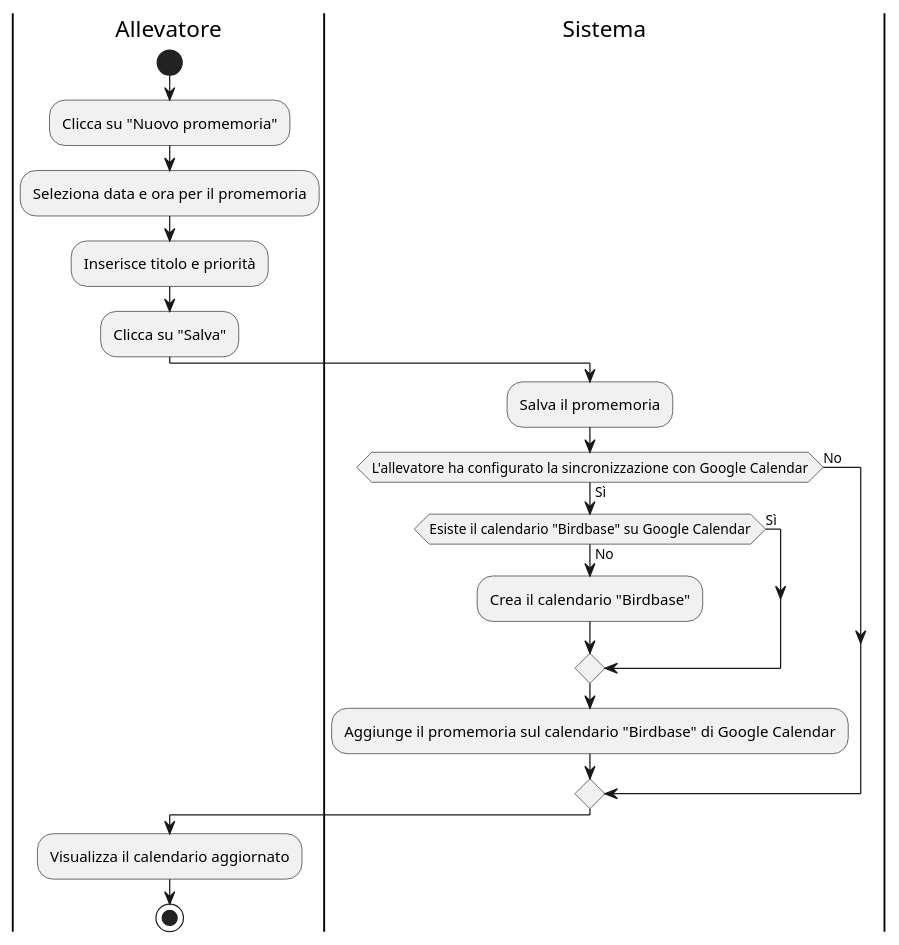
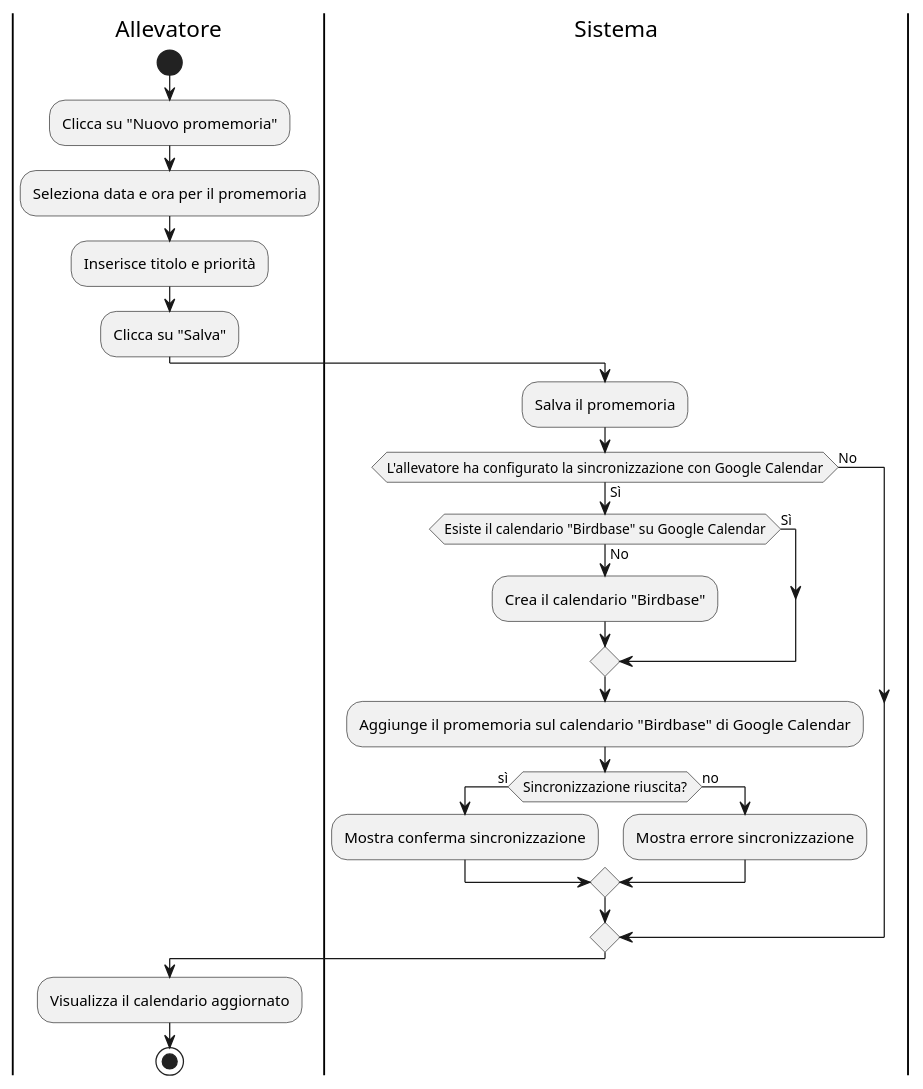
One commit to cristiancundari/birdbase changed the tenth of 27 diagrams in docs/sezioni/usecases/2_activitydiagrams.md. Above: the diagram before and after it, drawn with PlantUML. The commit also changed other lines of this file and 4 other files, not shown here.

````diff
--- a/docs/sezioni/usecases/2_activitydiagrams.md
+++ b/docs/sezioni/usecases/2_activitydiagrams.md
@@ -213,27 +261,28 @@
 ```plantuml
 @startuml
 |Allevatore|
 start
 :Clicca su "Nuovo promemoria";
 :Seleziona data e ora per il promemoria;
 :Inserisce titolo e priorità;
-
-|Allevatore|
 :Clicca su "Salva";
-
 |Sistema|
-:Salva il promemoria;
-if (L'allevatore ha configurato la sincronizzazione con Google Calendar) then (Sì)
-    if (Esiste il calendario "Birdbase" su Google Calendar) then (No)
-        :Crea il calendario "Birdbase";
-    else (Sì)
+    :Salva il promemoria;
+    if (L'allevatore ha configurato la sincronizzazione con Google Calendar) then (Sì)
+        if (Esiste il calendario "Birdbase" su Google Calendar) then (No)
+            :Crea il calendario "Birdbase";
+        else (Sì)
+        endif
+        :Aggiunge il promemoria sul calendario "Birdbase" di Google Calendar;
+        if (Sincronizzazione riuscita?) then (sì)
+            :Mostra conferma sincronizzazione;
+        else (no)
+            :Mostra errore sincronizzazione;
+        endif
+    else (No)
     endif
-    :Aggiunge il promemoria sul calendario "Birdbase" di Google Calendar;
-else (No)
-endif
-|Allevatore|
-:Visualizza il calendario aggiornato;
-
+    |Allevatore|
+    :Visualizza il calendario aggiornato;
 stop
 @enduml
 ```
````
